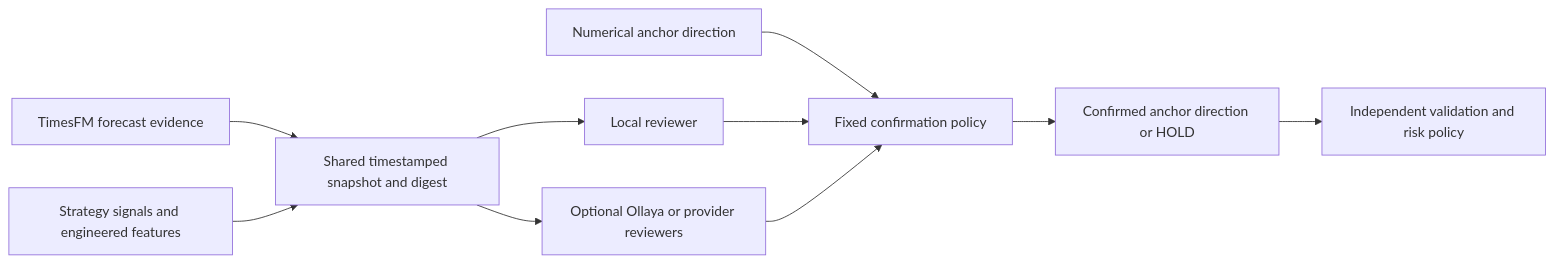
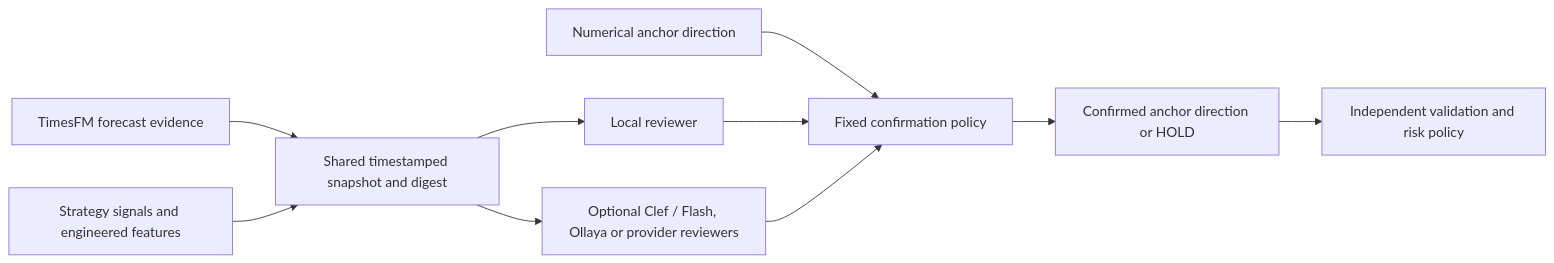
Before and after one commit to ar4ft/trade-harness: the first of 2 diagrams in docs/orchestration.md, drawn with Mermaid. The commit also changed other lines of this file and 5 other files, not shown here.

Commit message:
Document Clef deployment, native scoring and research lifecycle with Mermaid

````diff
--- a/docs/orchestration.md
+++ b/docs/orchestration.md
@@ -41,12 +64,12 @@
 ```mermaid
 flowchart LR
     Forecast["TimesFM forecast evidence"] --> Snapshot["Shared timestamped snapshot and digest"]
     Strategies["Strategy signals and engineered features"] --> Snapshot
     Snapshot --> Local["Local reviewer"]
-    Snapshot --> Optional["Optional Ollaya or provider reviewers"]
+    Snapshot --> Optional["Optional Clef / Flash, Ollaya or provider reviewers"]
     Anchor["Numerical anchor direction"] --> Confirm["Fixed confirmation policy"]
     Local --> Confirm
     Optional --> Confirm
     Confirm --> Proposal["Confirmed anchor direction or HOLD"]
     Proposal --> Risk["Independent validation and risk policy"]
 ```
````
